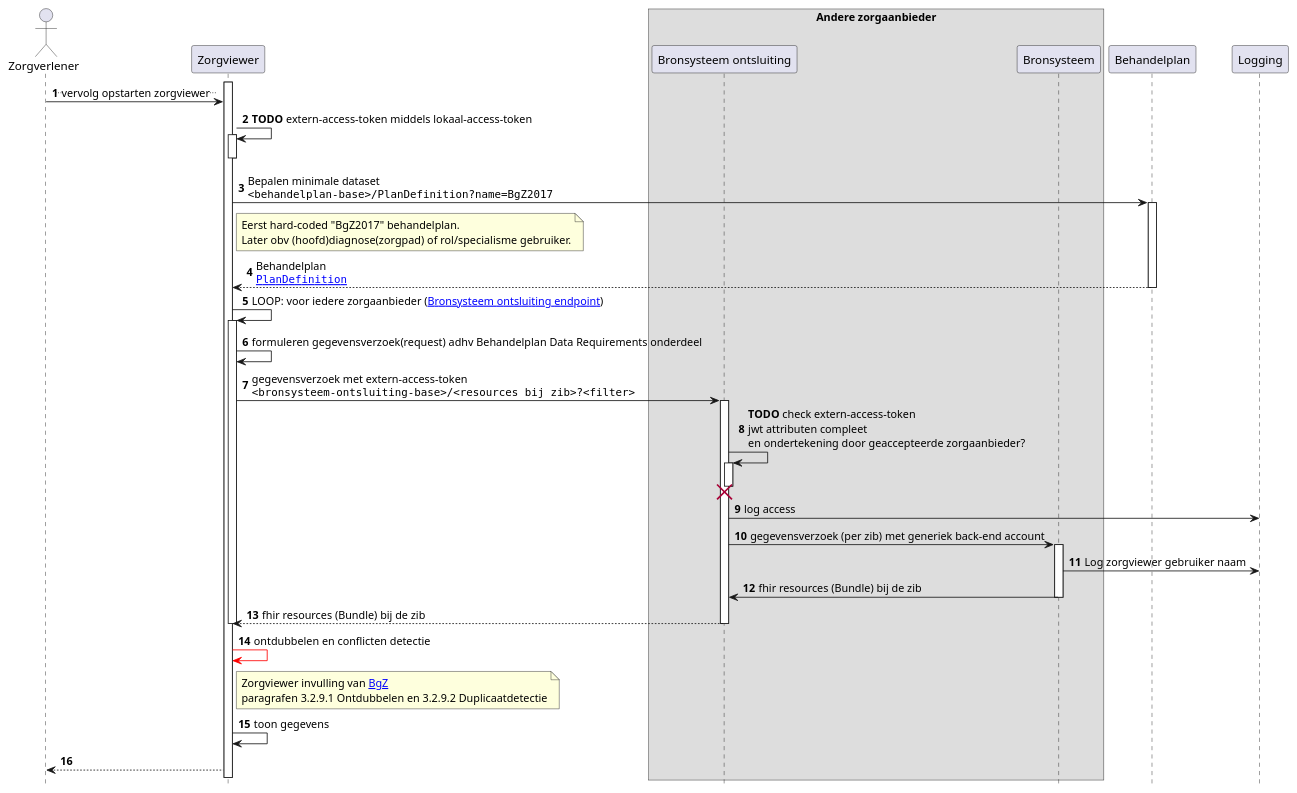
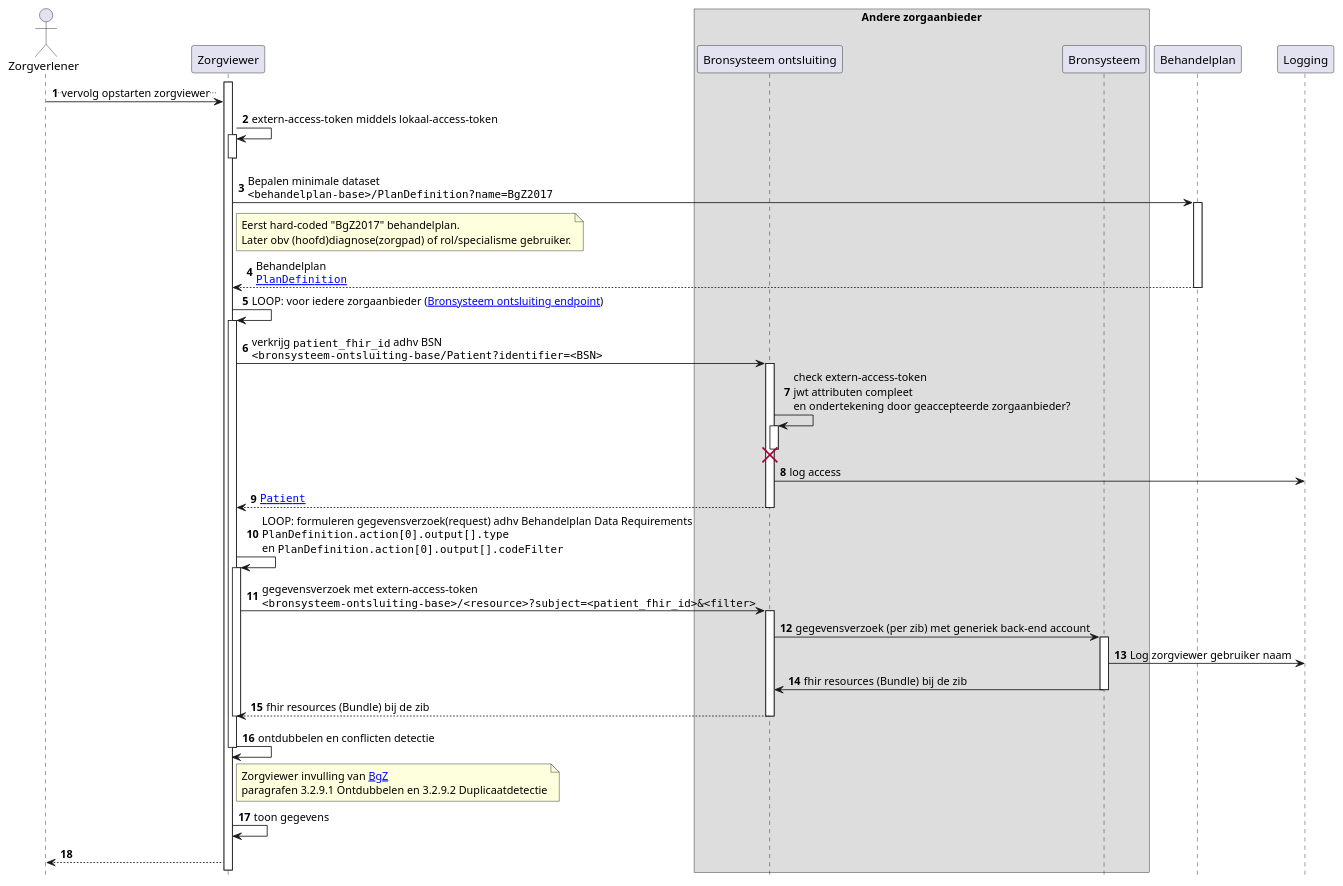
The diagram in input/images-source/Zorgviewer-seq-3.plantuml (RIVO-Noord/zorgviewer-ig), drawn with PlantUML before and after one commit. The commit also changed 5 other files, not shown here.

```diff
--- a/input/images-source/Zorgviewer-seq-3.plantuml
+++ b/input/images-source/Zorgviewer-seq-3.plantuml
@@ -1,52 +1,56 @@
 @startuml
 hide footbox
 autonumber
 
 actor Zorgverlener
 participant Zorgviewer
 box "Andere zorgaanbieder"
 participant "Bronsysteem ontsluiting" as Bron
 participant Bronsysteem
 end box
 participant Behandelplan
 
-
 activate Zorgviewer
 Zorgverlener->Zorgviewer: ..vervolg opstarten zorgviewer..
-Zorgviewer->Zorgviewer++: **TODO** extern-access-token middels lokaal-access-token
+Zorgviewer->Zorgviewer++: extern-access-token middels lokaal-access-token
 deactivate Zorgviewer
 Zorgviewer->Behandelplan: Bepalen minimale dataset\n""<behandelplan-base>/PlanDefinition?name=BgZ2017""
 note right Zorgviewer
   Eerst hard-coded "BgZ2017" behandelplan.
   Later obv (hoofd)diagnose(zorgpad) of rol/specialisme gebruiker.
 end note
 activate Behandelplan
 Behandelplan-->Zorgviewer: Behandelplan\n""[[StructureDefinition-PlanDefinition.html PlanDefinition]]""
 deactivate Behandelplan
 Zorgviewer->Zorgviewer: LOOP: voor iedere zorgaanbieder ([[Endpoint-UMCG.html Bronsysteem ontsluiting endpoint]])
 activate Zorgviewer
-Zorgviewer->Zorgviewer: formuleren gegevensverzoek(request) adhv Behandelplan Data Requirements onderdeel
-
-Zorgviewer->Bron: gegevensverzoek met extern-access-token\n""<bronsysteem-ontsluiting-base>/<resources bij zib>?<filter>""
+Zorgviewer->Bron : verkrijg ""patient_fhir_id"" adhv BSN\n""<bronsysteem-ontsluiting-base/Patient?identifier=<BSN>""
 activate Bron
-Bron->Bron++ : **TODO** check extern-access-token\njwt attributen compleet\nen ondertekening door geaccepteerde zorgaanbieder?
+Bron->Bron++ : check extern-access-token\njwt attributen compleet\nen ondertekening door geaccepteerde zorgaanbieder?
 destroy Bron
 Bron->Logging : log access
+Bron-->Zorgviewer : ""[[StructureDefinition-Patient.html Patient]]""
+deactivate Bron
+Zorgviewer->Zorgviewer: LOOP: formuleren gegevensverzoek(request) adhv Behandelplan Data Requirements\n""PlanDefinition.action[0].output[].type""\nen ""PlanDefinition.action[0].output[].codeFilter""
+activate Zorgviewer
+Zorgviewer->Bron: gegevensverzoek met extern-access-token\n""<bronsysteem-ontsluiting-base>/<resource>?subject=<patient_fhir_id>&<filter>""
+activate Bron
 Bron->Bronsysteem : gegevensverzoek (per zib) met generiek back-end account
 activate Bronsysteem
 Bronsysteem->Logging : Log zorgviewer gebruiker naam
 Bronsysteem->Bron: fhir resources (Bundle) bij de zib
 deactivate Bronsysteem
 Bron-->Zorgviewer: fhir resources (Bundle) bij de zib
 deactivate Bron
 deactivate Zorgviewer
-
-Zorgviewer-[#red]>Zorgviewer: ontdubbelen en conflicten detectie
+Zorgviewer->Zorgviewer: ontdubbelen en conflicten detectie
 note right of Zorgviewer
   Zorgviewer invulling van [[https://informatiestandaarden.nictiz.nl/wiki/BgZ:V1.0_BgZ_MSZ_Informatiestandaard BgZ]] 
   paragrafen 3.2.9.1 Ontdubbelen en 3.2.9.2 Duplicaatdetectie
 end note
+deactivate Zorgviewer
+
 Zorgviewer->Zorgviewer: toon gegevens
 Zorgviewer-->Zorgverlener
 
 @enduml
```
